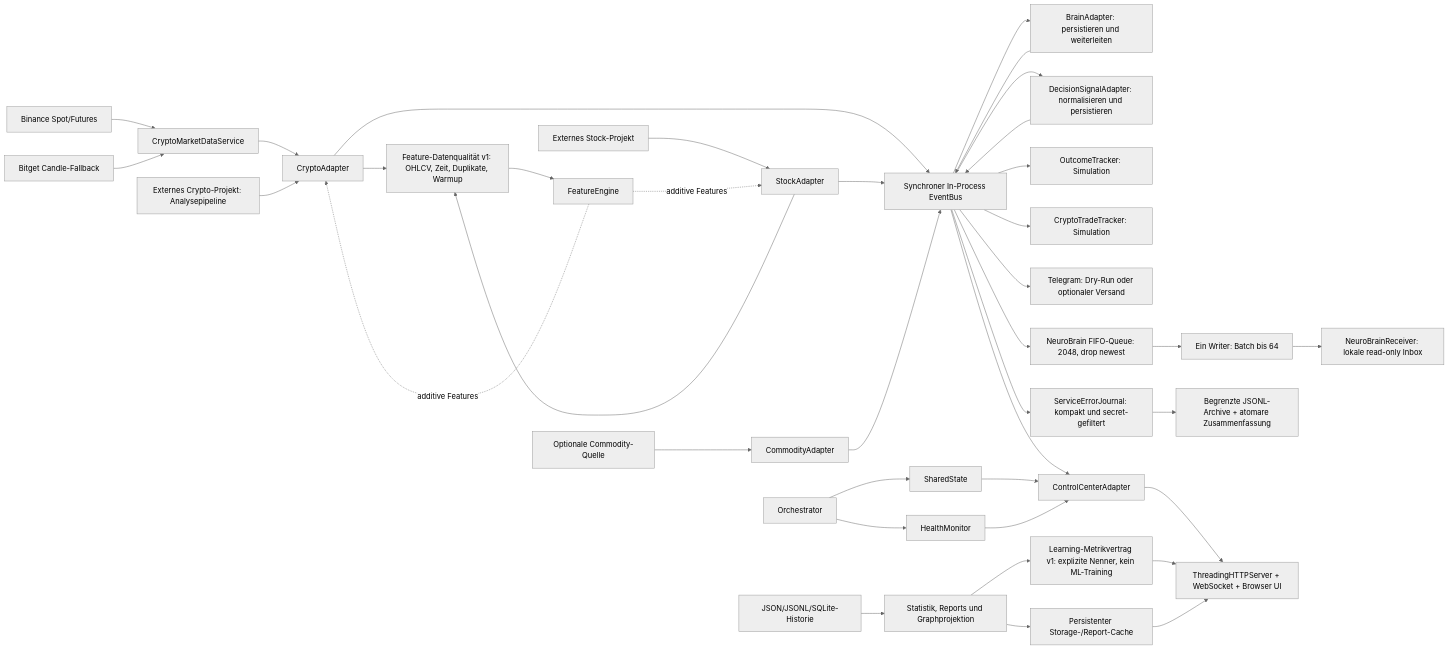
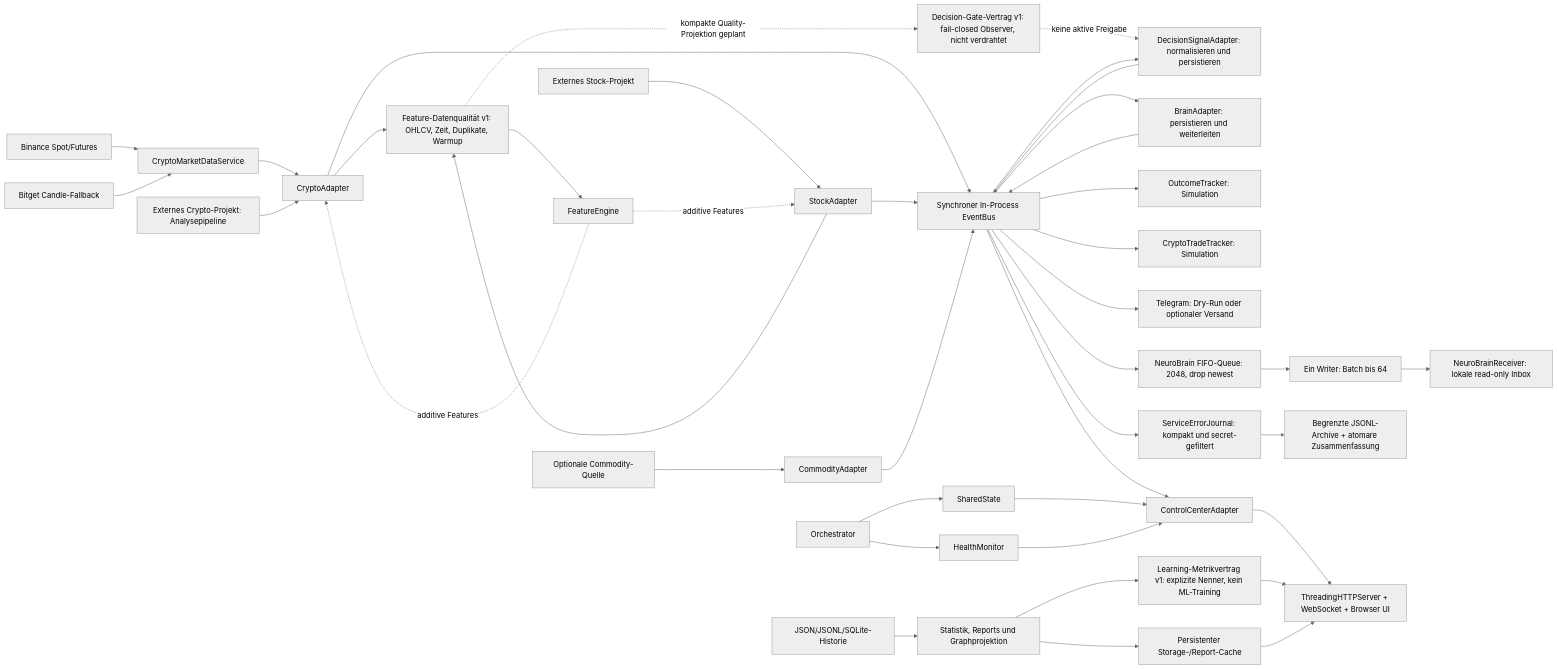
Before and after one commit to cRioshy/Pando: the first of 7 diagrams in docs/ARCHITECTURE.md, drawn with Mermaid (neutral theme). The commit also changed other lines of this file and 8 other files, not shown here.

Commit message:
Define observer-only decision gate contract

````diff
--- a/docs/ARCHITECTURE.md
+++ b/docs/ARCHITECTURE.md
@@ -9,40 +9,43 @@
 ```mermaid
 flowchart LR
     BN["Binance Spot/Futures"] --> CM["CryptoMarketDataService"]
     BG["Bitget Candle-Fallback"] --> CM
     CM --> CA["CryptoAdapter"]
     CE["Externes Crypto-Projekt: Analysepipeline"] --> CA
     SE["Externes Stock-Projekt"] --> SA["StockAdapter"]
     CP["Optionale Commodity-Quelle"] --> CO["CommodityAdapter"]
     CA --> DQ["Feature-Datenqualität v1: OHLCV, Zeit, Duplikate, Warmup"]
     SA --> DQ
     DQ --> FE["FeatureEngine"]
     FE -. additive Features .-> CA
     FE -. additive Features .-> SA
+    DG["Decision-Gate-Vertrag v1: fail-closed Observer, nicht verdrahtet"]
+    DQ -. kompakte Quality-Projektion geplant .-> DG
+    DG -. keine aktive Freigabe .-> DC
     CA --> EB["Synchroner In-Process EventBus"]
     SA --> EB
     CO --> EB
     EB --> BA["BrainAdapter: persistieren und weiterleiten"]
     BA --> EB
     EB --> DC["DecisionSignalAdapter: normalisieren und persistieren"]
     DC --> EB
     EB --> OT["OutcomeTracker: Simulation"]
     EB --> CT["CryptoTradeTracker: Simulation"]
     EB --> TG["Telegram: Dry-Run oder optionaler Versand"]
     EB --> NQ["NeuroBrain FIFO-Queue: 2048, drop newest"]
     NQ --> NW["Ein Writer: Batch bis 64"]
     NW --> NB["NeuroBrainReceiver: lokale read-only Inbox"]
     EB --> CC["ControlCenterAdapter"]
     EB --> EJ["ServiceErrorJournal: kompakt und secret-gefiltert"]
     EJ --> EF["Begrenzte JSONL-Archive + atomare Zusammenfassung"]
     OR["Orchestrator"] --> SS["SharedState"]
     OR --> HM["HealthMonitor"]
     SS --> CC
     HM --> CC
     CC --> WEB["ThreadingHTTPServer + WebSocket + Browser UI"]
     LEDGER["JSON/JSONL/SQLite-Historie"] --> ST["Statistik, Reports und Graphprojektion"]
     ST --> LM["Learning-Metrikvertrag v1: explizite Nenner, kein ML-Training"]
     ST --> CACHE["Persistenter Storage-/Report-Cache"]
     LM --> WEB
     CACHE --> WEB
 ```
````
